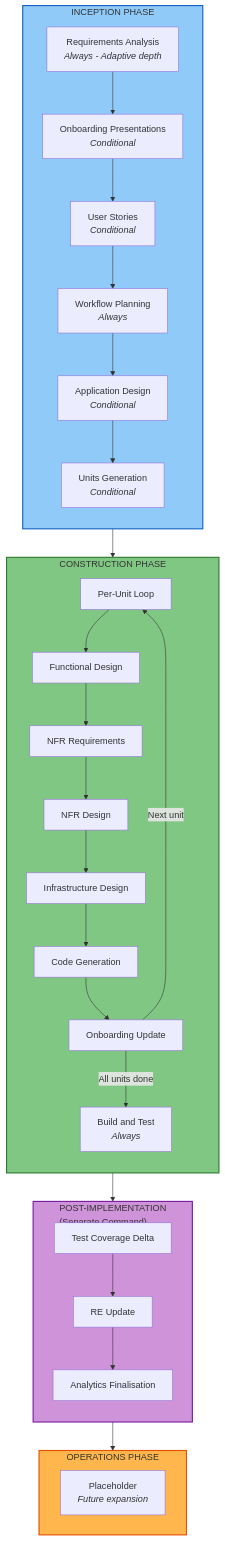
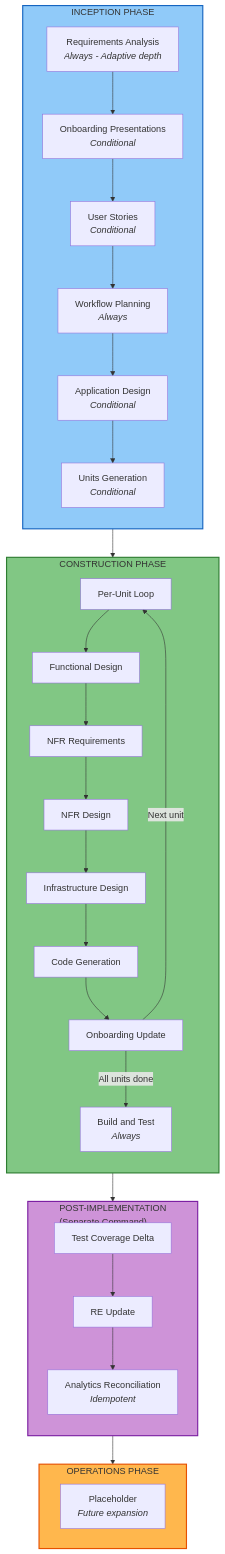
The third of 3 diagrams in docs/WORKFLOWS.md (premkumarjanagarajan/fluid-flow-ai), drawn with Mermaid before and after one commit. The commit also changed other lines of this file and 11 other files, not shown here.

````diff
--- a/docs/WORKFLOWS.md
+++ b/docs/WORKFLOWS.md
@@ -222,47 +224,47 @@
 ```mermaid
 flowchart TB
     subgraph INCEPTION["INCEPTION PHASE"]
         direction TB
         I1["Requirements Analysis<br/><i>Always - Adaptive depth</i>"]
         I2["Onboarding Presentations<br/><i>Conditional</i>"]
         I3["User Stories<br/><i>Conditional</i>"]
         I4["Workflow Planning<br/><i>Always</i>"]
         I5["Application Design<br/><i>Conditional</i>"]
         I6["Units Generation<br/><i>Conditional</i>"]
         I1 --> I2 --> I3 --> I4 --> I5 --> I6
     end
 
     subgraph CONSTRUCTION["CONSTRUCTION PHASE"]
         direction TB
         C0["Per-Unit Loop"]
         C1["Functional Design"]
         C2["NFR Requirements"]
         C3["NFR Design"]
         C4["Infrastructure Design"]
         C5["Code Generation"]
         C6["Onboarding Update"]
         C7["Build and Test<br/><i>Always</i>"]
         C0 --> C1 --> C2 --> C3 --> C4 --> C5 --> C6
         C6 -->|"Next unit"| C0
         C6 -->|"All units done"| C7
     end
 
     subgraph POSTIMPL["POST-IMPLEMENTATION<br/>(Separate Command)"]
         direction TB
         P1["Test Coverage Delta"]
         P2["RE Update"]
-        P3["Analytics Finalisation"]
+        P3["Analytics Reconciliation<br/><i>Idempotent</i>"]
         P1 --> P2 --> P3
     end
 
     subgraph OPERATIONS["OPERATIONS PHASE"]
         O1["Placeholder<br/><i>Future expansion</i>"]
     end
 
     INCEPTION --> CONSTRUCTION --> POSTIMPL --> OPERATIONS
 
     style INCEPTION fill:#90CAF9,stroke:#1565C0,stroke-width:2px
     style CONSTRUCTION fill:#81C784,stroke:#2E7D32,stroke-width:2px
     style POSTIMPL fill:#CE93D8,stroke:#7B1FA2,stroke-width:2px
     style OPERATIONS fill:#FFB74D,stroke:#E65100,stroke-width:2px
 ```
````
